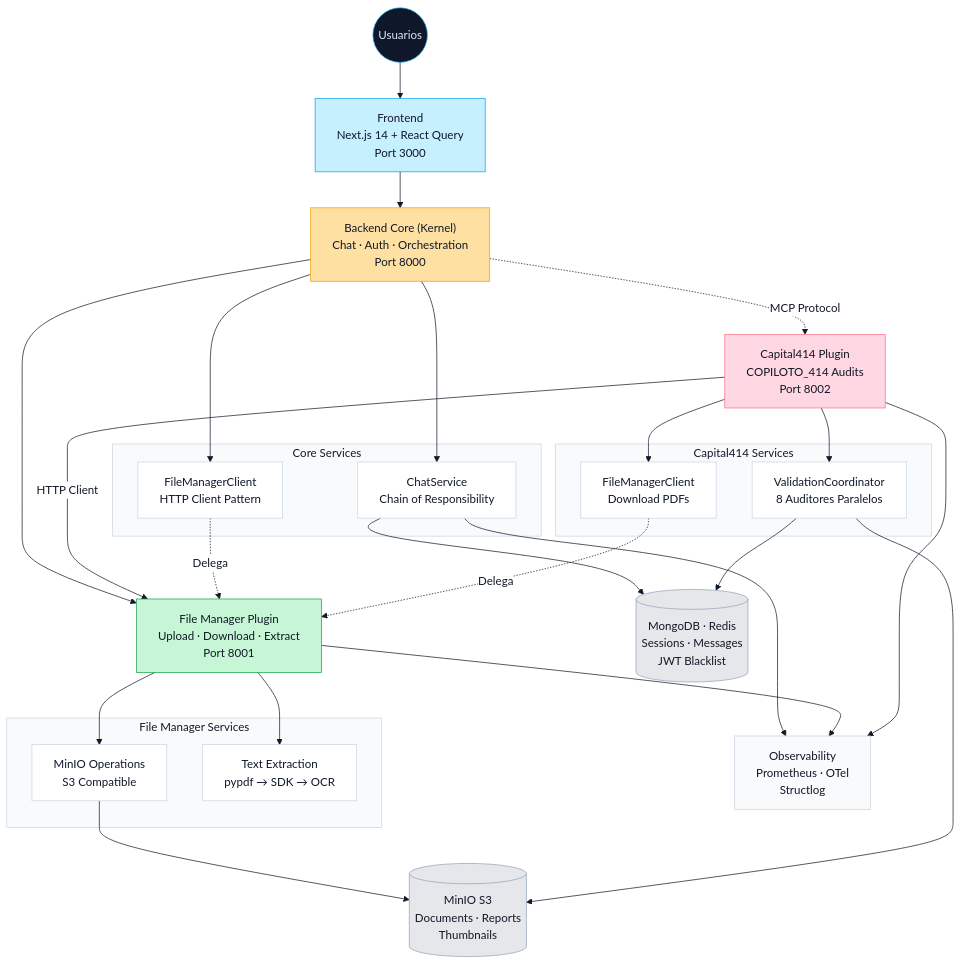
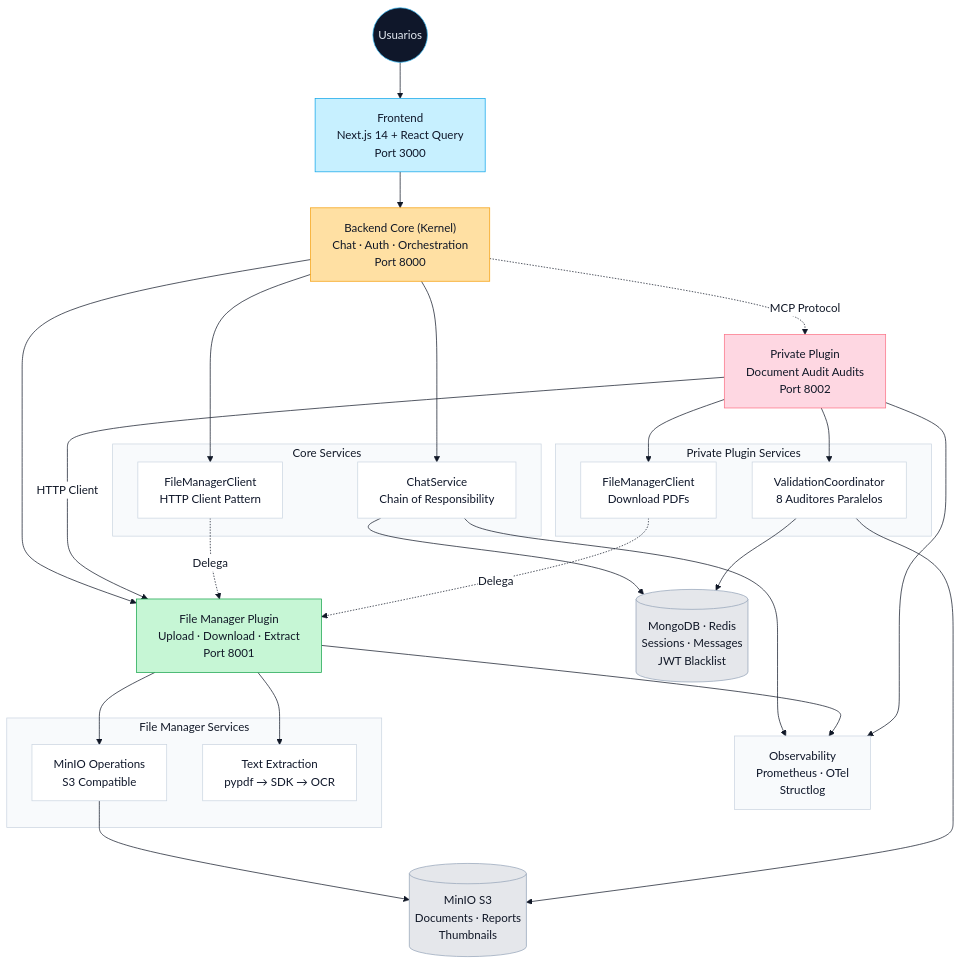
One commit to saptiva-ai/octavios-chat changed the second of 11 diagrams in README.md. Above: the diagram before and after it, drawn with Mermaid. The commit also changed other lines of this file, not shown here.

Commit message:
docs: replace capital414/COPILOTO_414 references with generic plugin-private naming

````diff
--- a/README.md
+++ b/README.md
@@ -386,55 +386,55 @@
 ```mermaid
 %%{init: {'theme': 'base', 'themeVariables': {'primaryColor': '#f8fafc','primaryBorderColor': '#cbd5e1','primaryTextColor': '#111827','lineColor': '#111827','textColor': '#111827','secondaryColor': '#ffffff','secondaryBorderColor': '#cbd5e1','secondaryTextColor': '#111827','tertiaryColor': '#f8fafc','tertiaryBorderColor': '#cbd5e1','tertiaryTextColor': '#111827'}}}%%
 flowchart TB
     user((Usuarios)):::dark --> web["Frontend<br/>Next.js 14 + React Query<br/>Port 3000"]:::frontend
 
     web --> core["Backend Core (Kernel)<br/>Chat · Auth · Orchestration<br/>Port 8000"]:::core
 
     core --> filemanager["File Manager Plugin<br/>Upload · Download · Extract<br/>Port 8001"]:::plugin_public
-    core -.->|"MCP Protocol"| capital414["Capital414 Plugin<br/>COPILOTO_414 Audits<br/>Port 8002"]:::plugin_private
+    core -.->|"MCP Protocol"| private_plugin["Private Plugin<br/>Document Audit Audits<br/>Port 8002"]:::plugin_private
 
-    capital414 -->|"HTTP Client"| filemanager
+    private_plugin -->|"HTTP Client"| filemanager
 
     subgraph "Core Services"
         chat_svc["ChatService<br/>Chain of Responsibility"]:::light
         file_client["FileManagerClient<br/>HTTP Client Pattern"]:::light
     end
 
     subgraph "File Manager Services"
         minio_ops["MinIO Operations<br/>S3 Compatible"]:::light
         extraction["Text Extraction<br/>pypdf → SDK → OCR"]:::light
     end
 
-    subgraph "Capital414 Services"
+    subgraph "Private Plugin Services"
         coordinator["ValidationCoordinator<br/>8 Auditores Paralelos"]:::light
         fm_client["FileManagerClient<br/>Download PDFs"]:::light
     end
 
     core --> chat_svc
     core --> file_client
     filemanager --> minio_ops
     filemanager --> extraction
-    capital414 --> coordinator
-    capital414 --> fm_client
+    private_plugin --> coordinator
+    private_plugin --> fm_client
 
     file_client -.->|"Delega"| filemanager
     fm_client -.->|"Delega"| filemanager
 
     chat_svc --> persistence[(MongoDB · Redis<br/>Sessions · Messages<br/>JWT Blacklist)]:::infra
     minio_ops --> storage[(MinIO S3<br/>Documents · Reports<br/>Thumbnails)]:::infra
     coordinator --> persistence
     coordinator --> storage
 
     chat_svc --> observability["Observability<br/>Prometheus · OTel<br/>Structlog"]:::gray
     filemanager --> observability
-    capital414 --> observability
+    private_plugin --> observability
 
     classDef dark fill:#0f172a,stroke:#38bdf8,color:#e2e8f0;
     classDef frontend fill:#c7f0ff,stroke:#0ea5e9,color:#0f172a;
     classDef core fill:#ffe0a3,stroke:#f59e0b,color:#111827;
     classDef plugin_public fill:#c6f6d5,stroke:#16a34a,color:#111827;
     classDef plugin_private fill:#fed7e2,stroke:#fb7185,color:#111827;
     classDef light fill:#ffffff,stroke:#cbd5e1,color:#0f172a;
     classDef infra fill:#e5e7eb,stroke:#94a3b8,color:#111827;
     classDef gray fill:#f8fafc,stroke:#cbd5e1,color:#0f172a;
 ```
````
